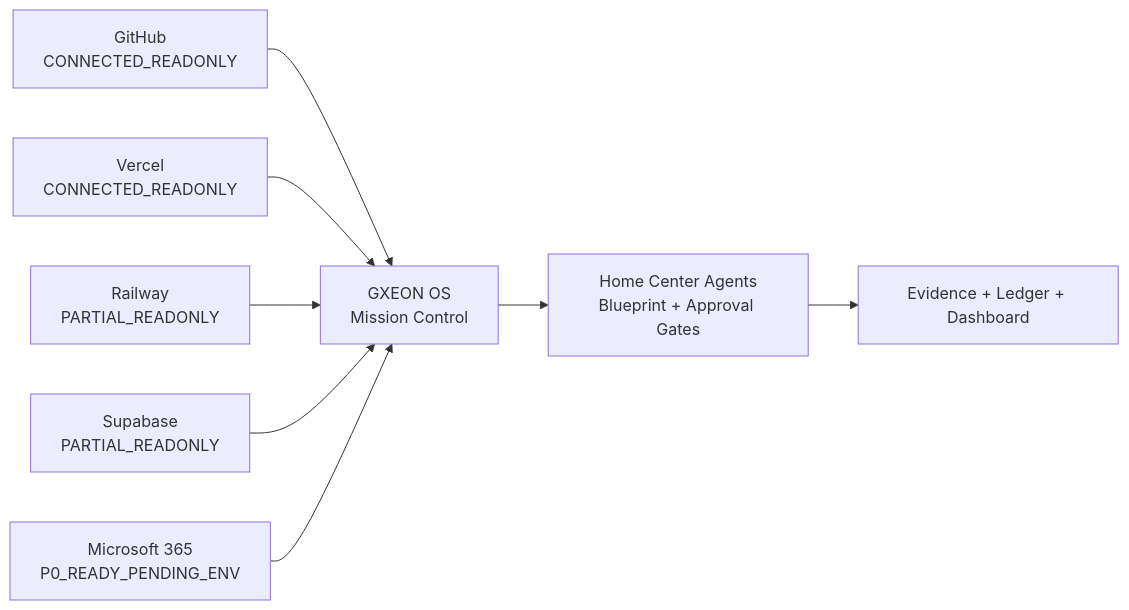
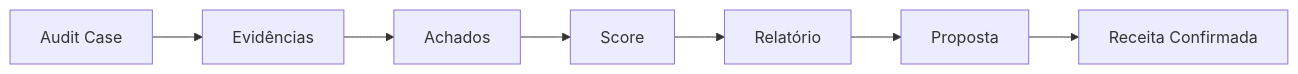
The second of 4 diagrams in README.md (xpex-systems-ai/GXEON-AI), drawn with Mermaid before and after one commit. The commit also changed other lines of this file, not shown here.

Commit message:
docs: refresh GXEON OS README

````diff
--- a/README.md
+++ b/README.md
@@ -58,10 +159,9 @@
 ```mermaid
 flowchart LR
-  GitHub[GitHub\nCONNECTED_READONLY] --> OS[GXEON OS\nMission Control]
-  Vercel[Vercel\nCONNECTED_READONLY] --> OS
-  Railway[Railway\nPARTIAL_READONLY] --> OS
-  Supabase[Supabase\nPARTIAL_READONLY] --> OS
-  M365[Microsoft 365\nP0_READY_PENDING_ENV] --> OS
-  OS --> HCA[Home Center Agents\nBlueprint + Approval Gates]
-  HCA --> Evidence[Evidence + Ledger + Dashboard]
+    Case[Audit Case] --> Evidence[Evidências]
+    Evidence --> Findings[Achados]
+    Findings --> Score[Score]
+    Score --> Report[Relatório]
+    Report --> Proposal[Proposta]
+    Proposal --> Revenue[Receita Confirmada]
 ```
````
